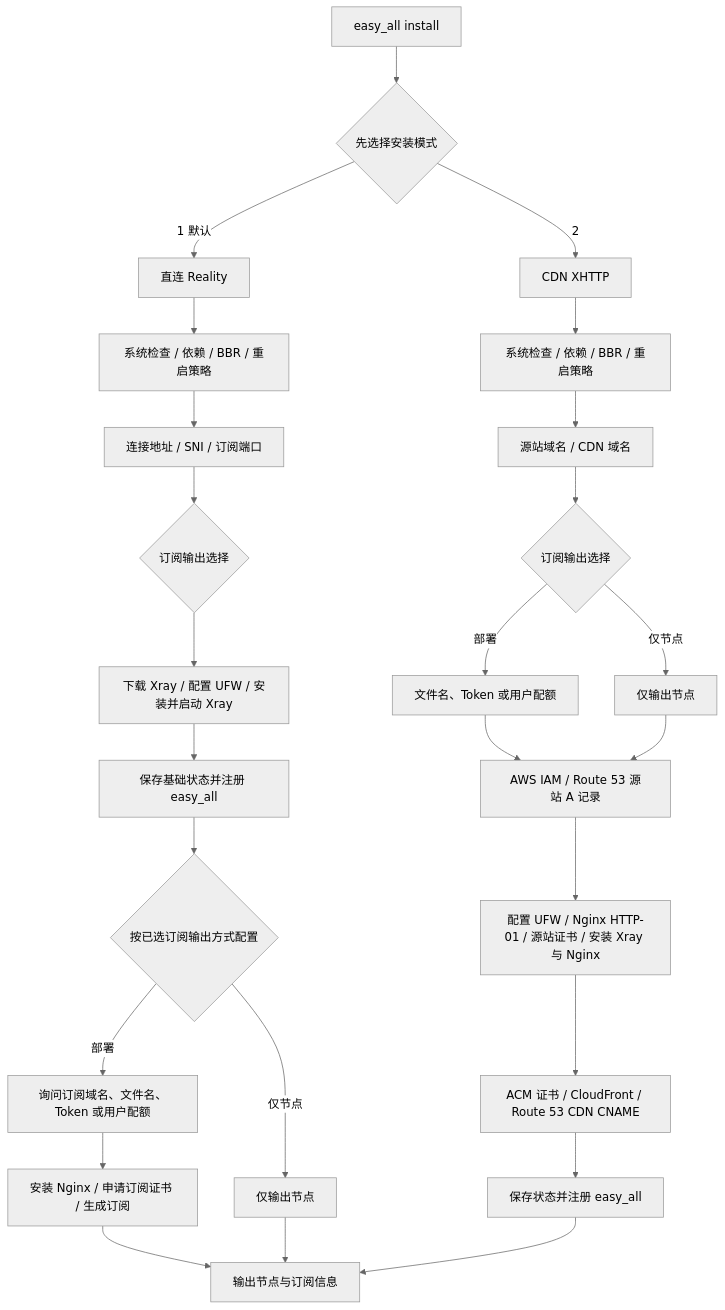
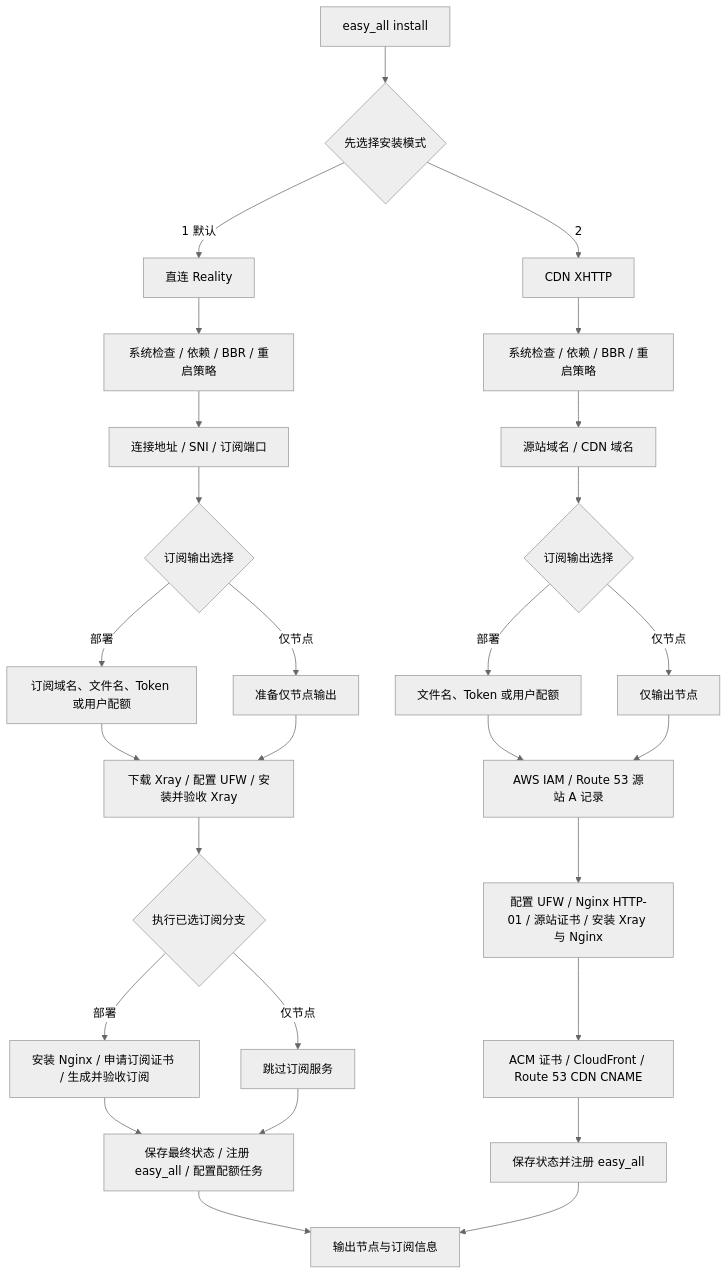
The diagram in README.md (v2yiz/easy_all), drawn with Mermaid (neutral theme) before and after one commit. The commit also changed other lines of this file and 4 other files, not shown here.

````diff
--- a/README.md
+++ b/README.md
@@ -64,30 +64,32 @@
 ```mermaid
 flowchart TD
     A[easy_all install] --> B{先选择安装模式}
 
     B -->|1 默认| R0[直连 Reality]
     R0 --> R1[系统检查 / 依赖 / BBR / 重启策略]
     R1 --> R2[连接地址 / SNI / 订阅端口]
     R2 --> R3{订阅输出选择}
-    R3 --> R4[下载 Xray / 配置 UFW / 安装并启动 Xray]
-    R4 --> R5[保存基础状态并注册 easy_all]
-    R5 --> R6{按已选订阅输出方式配置}
-    R6 -->|部署| R7[询问订阅域名、文件名、Token 或用户配额]
-    R7 --> R8[安装 Nginx / 申请订阅证书 / 生成订阅]
-    R6 -->|仅节点| R9[仅输出节点]
-    R8 --> Z[输出节点与订阅信息]
-    R9 --> Z
+    R3 -->|部署| R4[订阅域名、文件名、Token 或用户配额]
+    R3 -->|仅节点| R5[准备仅节点输出]
+    R4 --> R6[下载 Xray / 配置 UFW / 安装并验收 Xray]
+    R5 --> R6
+    R6 --> R7{执行已选订阅分支}
+    R7 -->|部署| R8[安装 Nginx / 申请订阅证书 / 生成并验收订阅]
+    R7 -->|仅节点| R9[跳过订阅服务]
+    R8 --> R10[保存最终状态 / 注册 easy_all / 配置配额任务]
+    R9 --> R10
+    R10 --> Z[输出节点与订阅信息]
 
     B -->|2| X0[CDN XHTTP]
     X0 --> X1[系统检查 / 依赖 / BBR / 重启策略]
     X1 --> X2[源站域名 / CDN 域名]
     X2 --> X3{订阅输出选择}
     X3 -->|部署| X4[文件名、Token 或用户配额]
     X3 -->|仅节点| X5[仅输出节点]
     X4 --> X6[AWS IAM / Route 53 源站 A 记录]
     X5 --> X6
     X6 --> X7[配置 UFW / Nginx HTTP-01 / 源站证书 / 安装 Xray 与 Nginx]
     X7 --> X8[ACM 证书 / CloudFront / Route 53 CDN CNAME]
     X8 --> X9[保存状态并注册 easy_all]
     X9 --> Z
 ```
````
